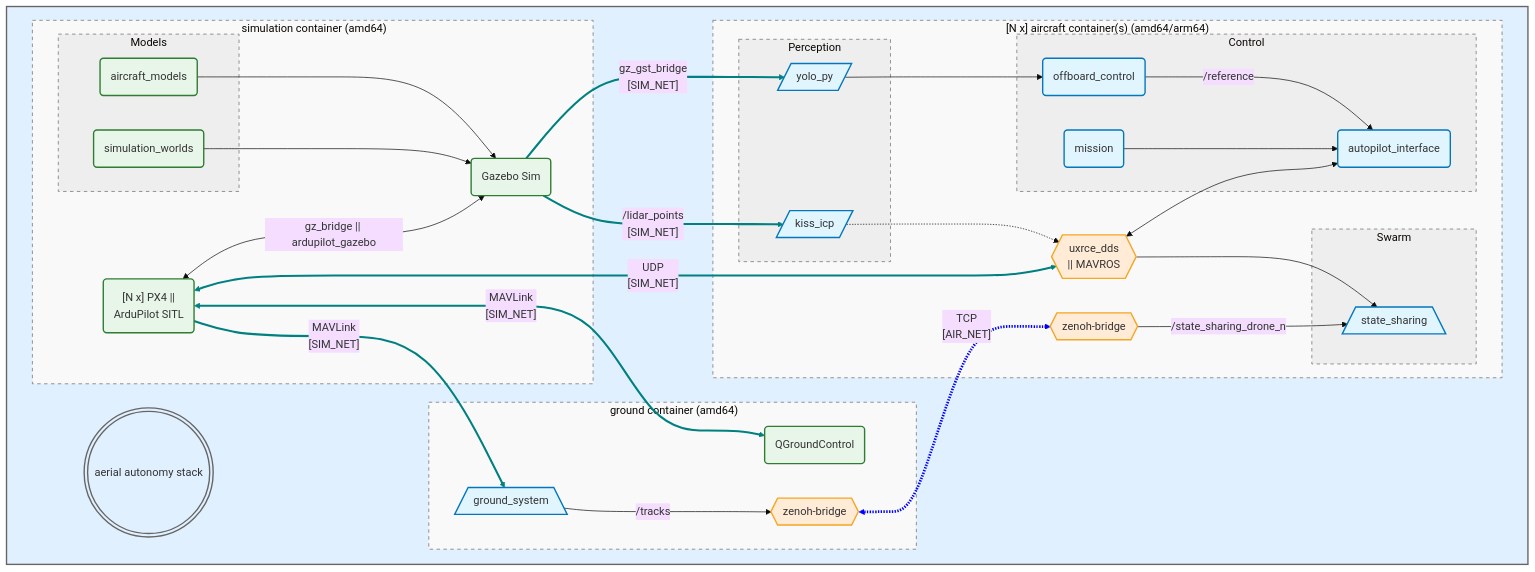
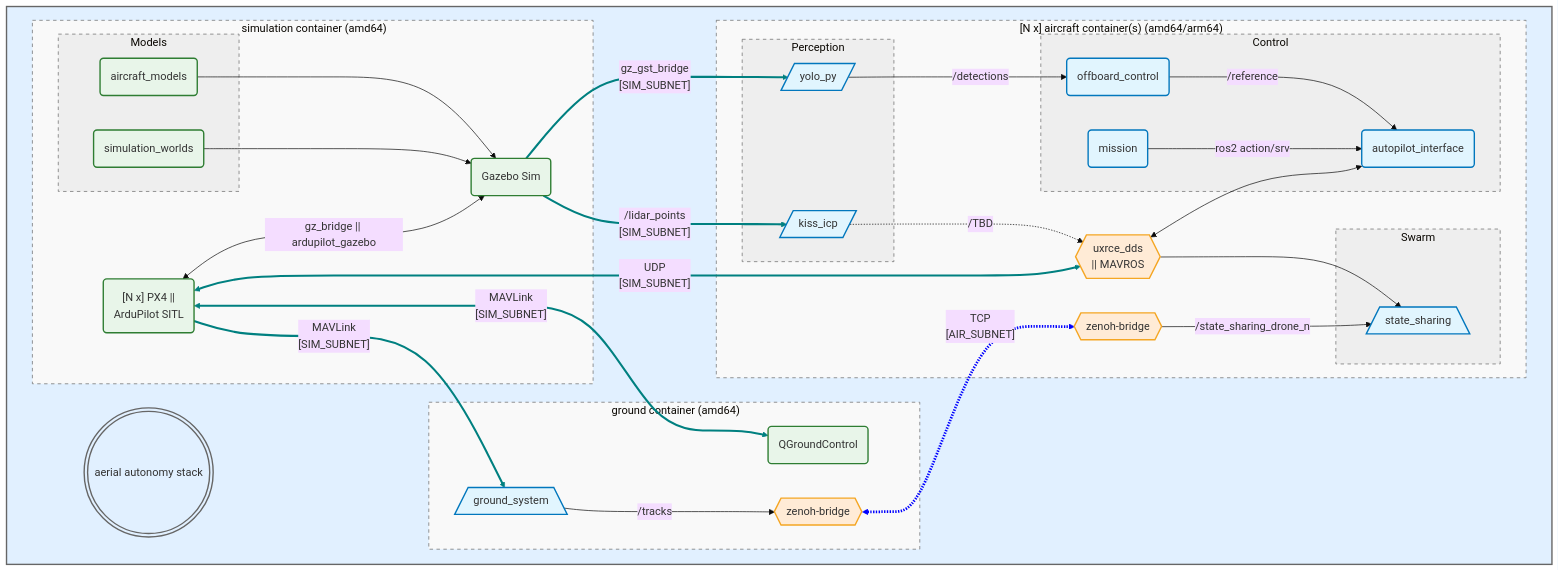
Before and after one commit to petayyyy/aerial-autonomy-stack: the diagram in README.md, drawn with Mermaid. The commit also changed other lines of this file, not shown here.

Commit message:
diagram connections

````diff
--- a/README.md
+++ b/README.md
@@ -34,75 +34,75 @@
 ```mermaid
 %%{init: {'theme': 'base', 'themeVariables': { 'fontFamily': 'monospace'}}}%%
 flowchart TB
     subgraph aas [" "]
         subgraph sim ["#nbsp;simulation#nbsp;container#nbsp;(amd64)"]
             sitl("[N x] PX4 || <br/> ArduPilot SITL"):::resource
             gz(Gazebo Sim):::resource
             subgraph models [Models]
                 drones(aircraft_models):::resource
                 worlds(simulation_worlds):::resource
             end
-            
+
             drones --> gz
             worlds --> gz
             sitl <--> |"gz_bridge || ardupilot_gazebo"| gz
         end
 
         subgraph gnd ["#nbsp;ground#nbsp;container#nbsp;(amd64)"]
             ground_system[/ground_system\]:::algo
             qgc(QGroundControl):::resource
             zenoh_gnd{{zenoh-bridge}}:::bridge
 
             ground_system ~~~ qgc
             ground_system --> |"/tracks"| zenoh_gnd  
         end
 
         subgraph air ["[N#nbsp;x]#nbsp;aircraft#nbsp;container(s)#nbsp;(amd64/arm64)"]
             subgraph perception [Perception]
                 yolo_py[/yolo_py/]:::algo
                 kiss_icp[/kiss_icp/]:::algo
             end
             subgraph control [Control]
                 offboard_control(offboard_control):::algo
                 autopilot_interface(autopilot_interface):::algo
                 mission(mission):::algo
             end
             ap_link{{"uxrce_dds <br/> || MAVROS"}}:::bridge
             subgraph swarm [Swarm]
                 state_sharing[/state_sharing\]:::algo
             end
             zenoh_air{{zenoh-bridge}}:::bridge
 
-            kiss_icp -.-> |" "| ap_link
+            kiss_icp -.-> |"/TBD"| ap_link
             ap_link <--> autopilot_interface
             ap_link --> state_sharing
-            yolo_py --> offboard_control
+            yolo_py --> |"/detections"| offboard_control
             offboard_control --> |"/reference"| autopilot_interface
-            mission --> autopilot_interface
+            mission --> |"ros2 action/srv"| autopilot_interface
             zenoh_air --> |"/state_sharing_drone_n"| state_sharing
         end
 
         repo(((aerial#nbsp;autonomy#nbsp;stack)))
     end
 
     repo ~~~ gz
-    gz --> |"gz_gst_bridge <br/> [SIM_NET]"| yolo_py
-    gz --> |"/lidar_points <br/> [SIM_NET]"| kiss_icp
-    sitl <--> |"UDP <br/> [SIM_NET]"| ap_link
-    sitl <--> |"MAVLink <br/> [SIM_NET]"| qgc 
-    sitl --> |"MAVLink <br/> [SIM_NET]"| ground_system
-    zenoh_gnd <-.-> |"TCP <br/> [AIR_NET]"| zenoh_air
+    gz --> |"gz_gst_bridge <br/> [SIM_SUBNET]"| yolo_py
+    gz --> |"/lidar_points <br/> [SIM_SUBNET]"| kiss_icp
+    sitl <--> |"UDP <br/> [SIM_SUBNET]"| ap_link
+    sitl <--> |"MAVLink <br/> [SIM_SUBNET]"| qgc 
+    sitl --> |"MAVLink <br/> [SIM_SUBNET]"| ground_system
+    zenoh_gnd <-.-> |"TCP <br/> [AIR_SUBNET]"| zenoh_air
 
     classDef bridge fill:#ffebd6,stroke:#f5a623,stroke-width:2px;
     classDef algo fill:#e1f5fe,stroke:#0277bd,stroke-width:2px;
     classDef resource fill:#e8f5e9,stroke:#2e7d32,stroke-width:2px;
     classDef blueStyle  fill:#e1f0ff,stroke:#666,stroke-width:2px;
     classDef whiteStyle fill:#f9f9f9,stroke:#666,stroke-width:1px,stroke-dasharray: 5 5;
     classDef greyStyle  fill:#eeeeee,stroke:#666,stroke-width:1px,stroke-dasharray: 5 5;
 
     class aas,repo blueStyle;
     class air,gnd,sim whiteStyle;
     class perception,control,models,swarm greyStyle;
     linkStyle 13,14,15,16,17 stroke:teal,stroke-width:3px;
     linkStyle 18 stroke:blue,stroke-width:4px;
 ```
````
